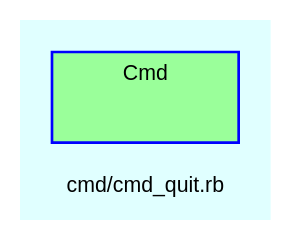
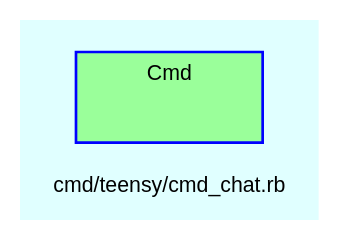
The diagram in doc/dot/f_50.dot (Tyche/teensymud), drawn with Graphviz before and after one commit. The commit also changed 297 other files, not shown here.

```diff
--- a/doc/dot/f_50.dot
+++ b/doc/dot/f_50.dot
@@ -1,29 +1,29 @@
 digraph TopLevel {
     compound = true
     bgcolor = lightcyan1
     fontname = Arial
     fontsize = 8
-    label = "cmd/cmd_quit.rb"
+    label = "cmd/teensy/cmd_chat.rb"
     node [
         fontname = Arial,
         fontsize = 8,
         color = black
     ]
 
     subgraph cluster_Cmd {
         fillcolor = palegreen1
         URL = "classes/Cmd.html"
         fontname = Arial
         color = blue
         label = "Cmd"
         style = filled
         Cmd [
             shape = plaintext,
             height = 0.01,
             width = 0.75,
             label = ""
         ]
 
     }
 
 }
```
